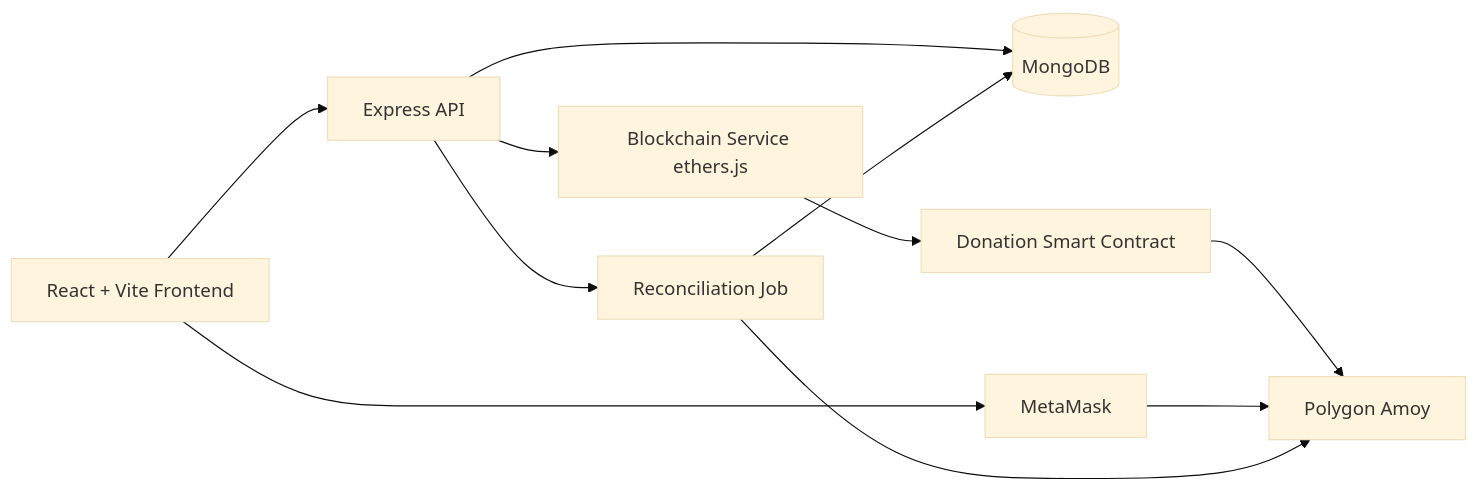
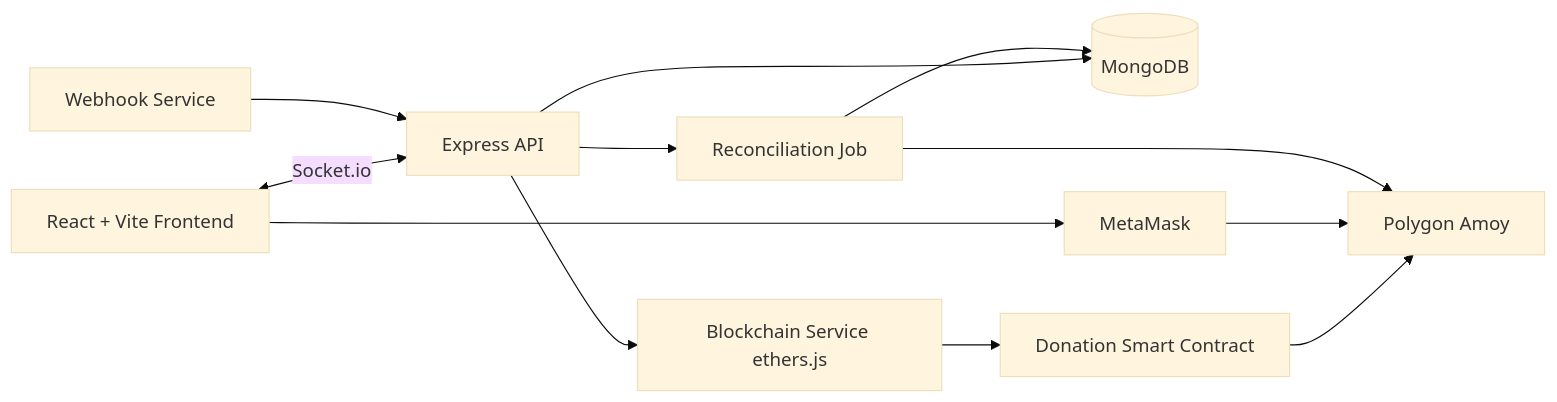
The second of 19 diagrams in README.md (krishanurastogi06-byte/TrustTrack), drawn with Mermaid (base theme) before and after one commit. The commit also changed other lines of this file and 100 other files, not shown here.

````diff
--- a/README.md
+++ b/README.md
@@ -229,13 +246,14 @@
 ```mermaid
 flowchart LR
-    A[React + Vite Frontend] --> B[Express API]
+    A[React + Vite Frontend] <-->|Socket.io| B[Express API]
     B --> C[(MongoDB)]
     B --> D[Blockchain Service ethers.js]
     D --> E[Donation Smart Contract]
     E --> F[Polygon Amoy]
     A --> G[MetaMask]
     G --> F
     B --> H[Reconciliation Job]
+    I[Webhook Service] --> B
     H --> F
     H --> C
 ```
````
